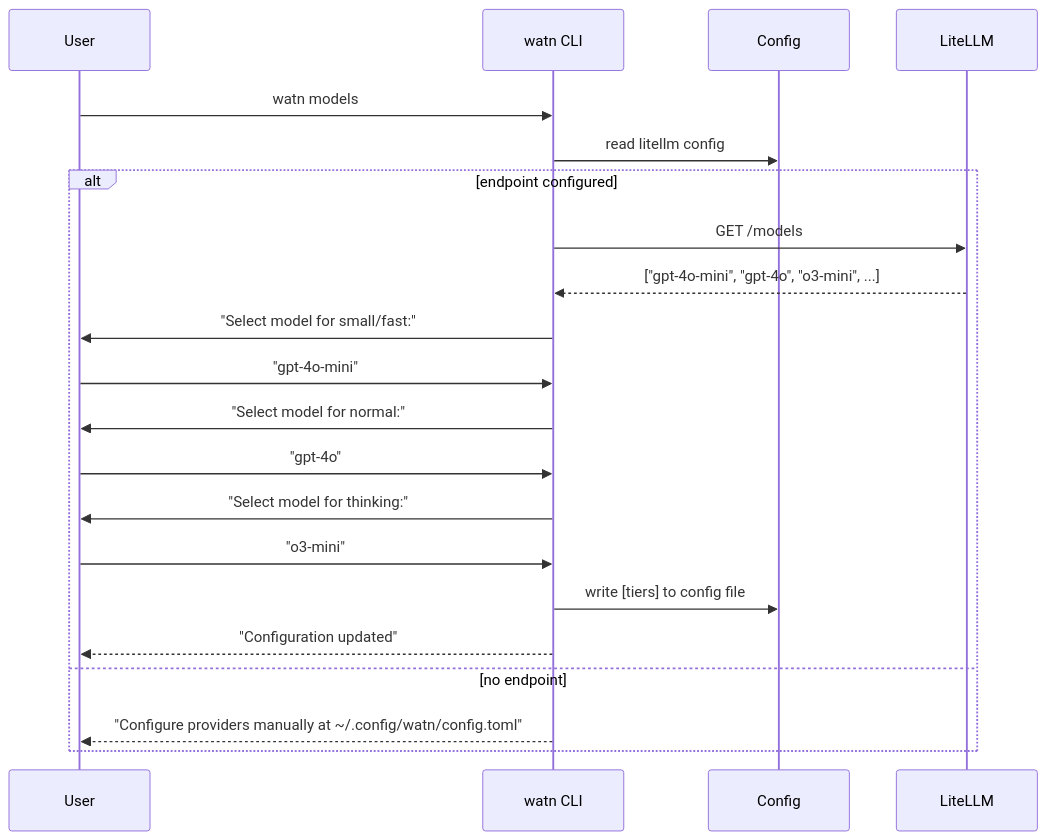
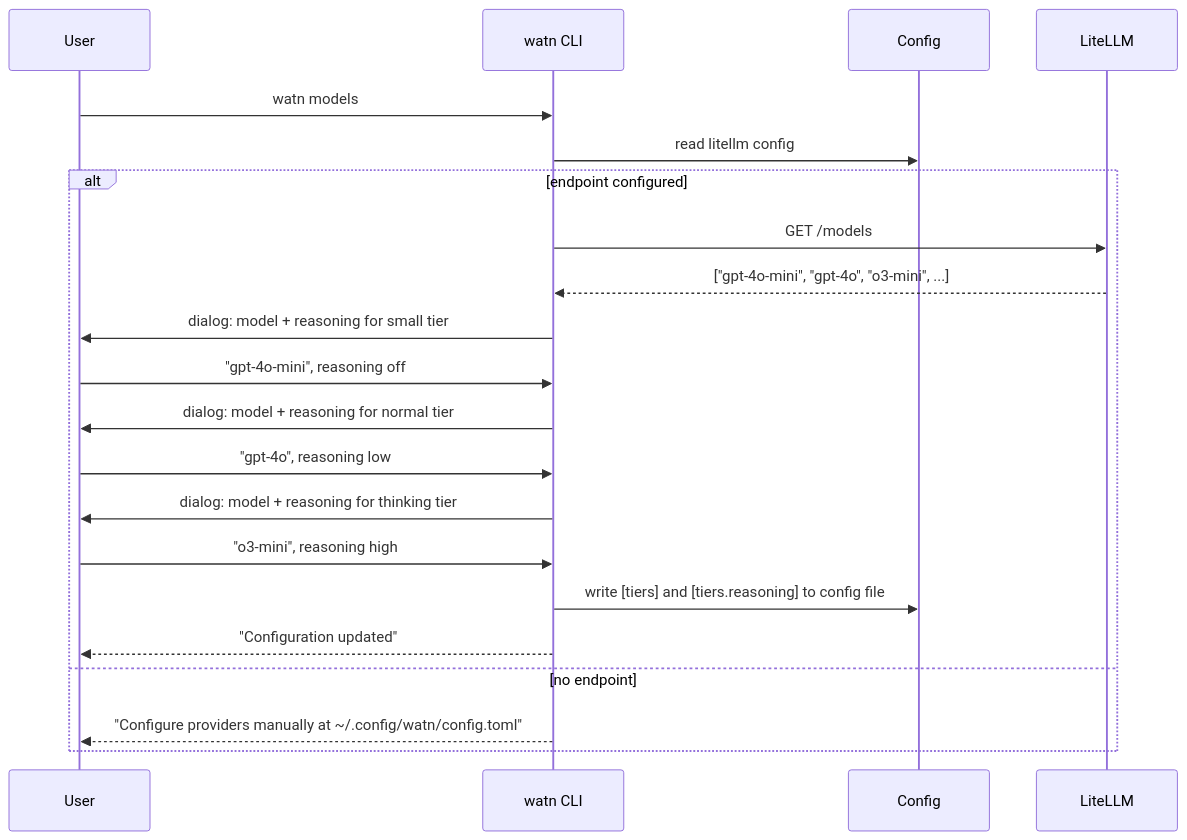
Before and after one commit to buster/watn: the fifth of 7 diagrams in docs/arc42/06-runtime-view.md, drawn with Mermaid. The commit also changed other lines of this file and 20 other files, not shown here.

````diff
--- a/docs/arc42/06-runtime-view.md
+++ b/docs/arc42/06-runtime-view.md
@@ -121,24 +162,24 @@
 ```mermaid
 sequenceDiagram
     participant User as User
     participant CLI as watn CLI
     participant Config as Config
     participant LLM as LiteLLM
 
     User->>CLI: watn models
     CLI->>Config: read litellm config
     alt endpoint configured
         CLI->>LLM: GET /models
         LLM-->>CLI: ["gpt-4o-mini", "gpt-4o", "o3-mini", ...]
-        CLI->>User: "Select model for small/fast:"
-        User->>CLI: "gpt-4o-mini"
-        CLI->>User: "Select model for normal:"
-        User->>CLI: "gpt-4o"
-        CLI->>User: "Select model for thinking:"
-        User->>CLI: "o3-mini"
-        CLI->>Config: write [tiers] to config file
+        CLI->>User: dialog: model + reasoning for small tier
+        User->>CLI: "gpt-4o-mini", reasoning off
+        CLI->>User: dialog: model + reasoning for normal tier
+        User->>CLI: "gpt-4o", reasoning low
+        CLI->>User: dialog: model + reasoning for thinking tier
+        User->>CLI: "o3-mini", reasoning high
+        CLI->>Config: write [tiers] and [tiers.reasoning] to config file
         CLI-->>User: "Configuration updated"
     else no endpoint
         CLI-->>User: "Configure providers manually at ~/.config/watn/config.toml"
     end
 ```
````
